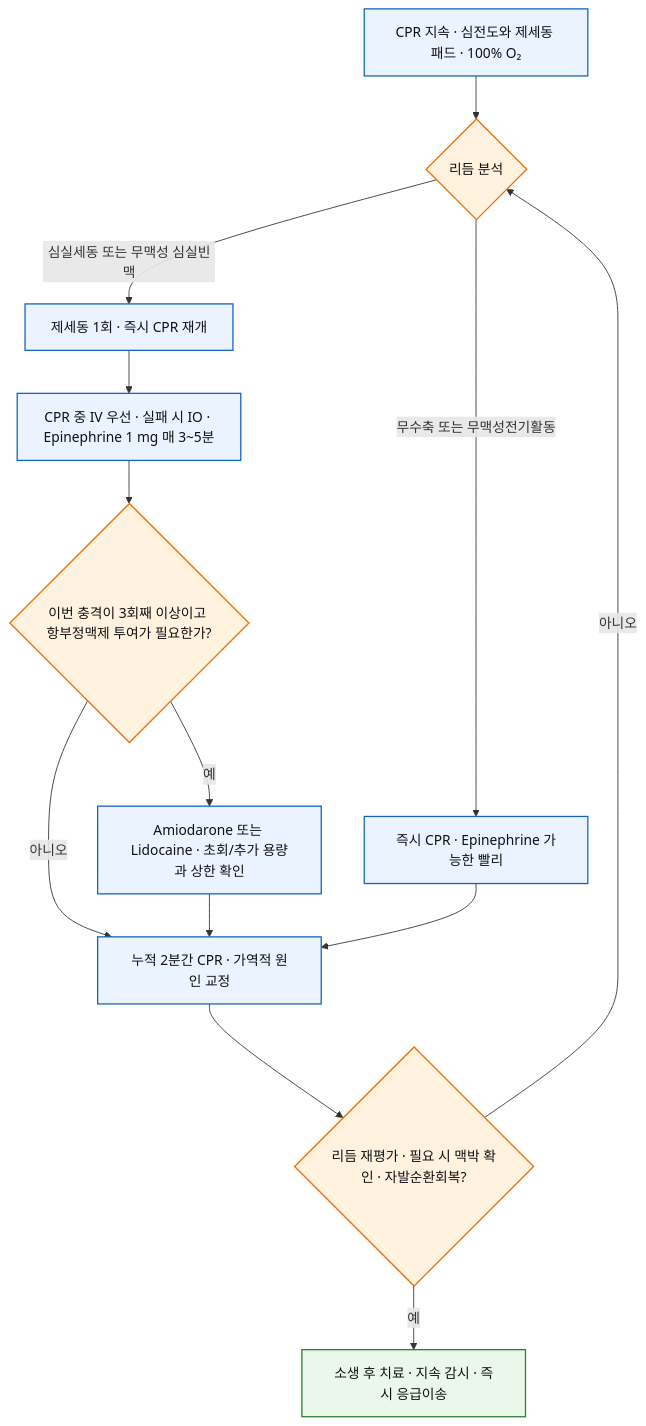
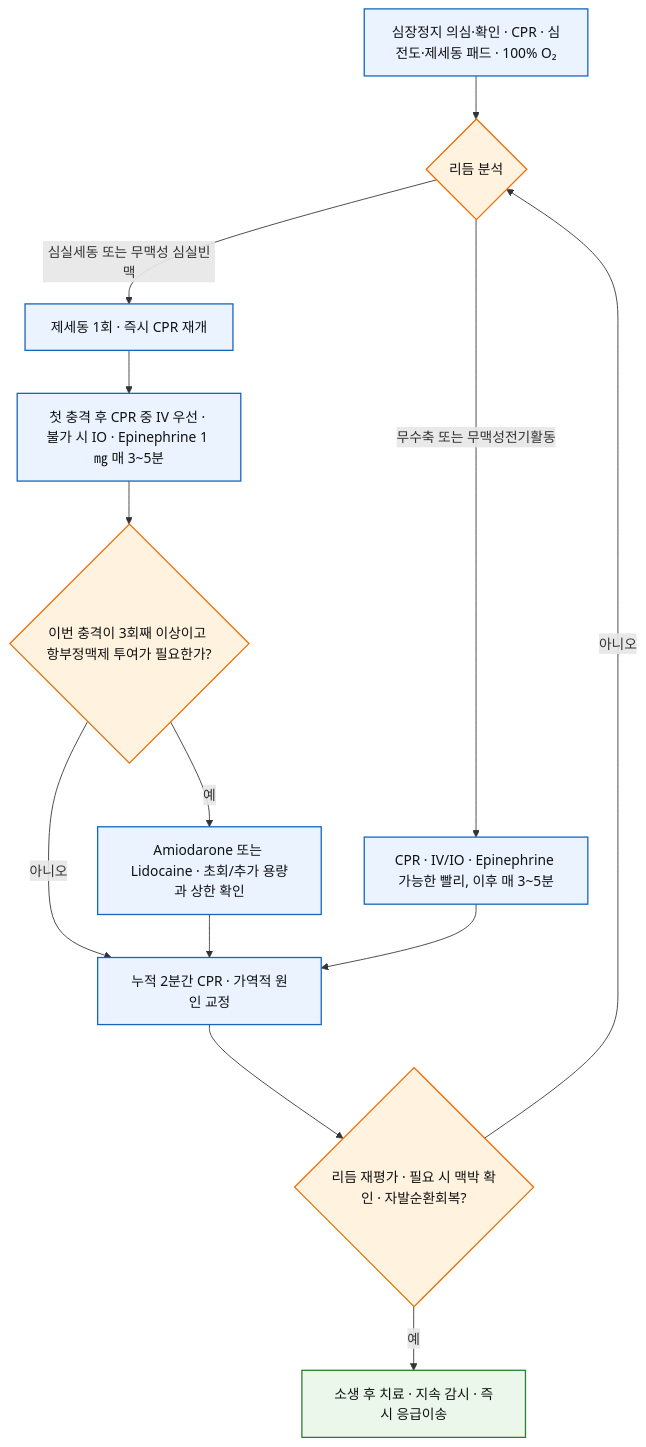
The second of 2 diagrams in 231_/211_1-cpr.md (familyoh77/familyoh77), drawn with Mermaid before and after one commit. The commit also changed other lines of this file and 9 other files, not shown here.

````diff
--- a/231_/211_1-cpr.md
+++ b/231_/211_1-cpr.md
@@ -138,21 +163,21 @@
 ```mermaid
 flowchart TD
-    A["CPR 지속 · 심전도와 제세동 패드 · 100% O₂"] --> B{"리듬 분석"}
+    A["심장정지 의심·확인 · CPR · 심전도·제세동 패드 · 100% O₂"] --> B{"리듬 분석"}
     B -->|심실세동 또는 무맥성 심실빈맥| C["제세동 1회 · 즉시 CPR 재개"]
-    B -->|무수축 또는 무맥성전기활동| D["즉시 CPR · Epinephrine 가능한 빨리"]
-    C --> E["CPR 중 IV 우선 · 실패 시 IO · Epinephrine 1 mg 매 3~5분"]
+    B -->|무수축 또는 무맥성전기활동| D["CPR · IV/IO · Epinephrine 가능한 빨리, 이후 매 3~5분"]
+    C --> E["첫 충격 후 CPR 중 IV 우선 · 불가 시 IO · Epinephrine 1 ㎎ 매 3~5분"]
     E --> F{"이번 충격이 3회째 이상이고 항부정맥제 투여가 필요한가?"}
     F -->|예| G["Amiodarone 또는 Lidocaine · 초회/추가 용량과 상한 확인"]
     F -->|아니오| H["누적 2분간 CPR · 가역적 원인 교정"]
     G --> H
     D --> H
     H --> I{"리듬 재평가 · 필요 시 맥박 확인 · 자발순환회복?"}
     I -->|아니오| B
     I -->|예| J["소생 후 치료 · 지속 감시 · 즉시 응급이송"]
     classDef action fill:#EAF3FF,stroke:#1565C0,color:#111,stroke-width:1.5px;
     classDef decision fill:#FFF3E0,stroke:#EF6C00,color:#111,stroke-width:1.5px;
     classDef disposition fill:#EAF7EA,stroke:#2E7D32,color:#111,stroke-width:1.5px;
     class A,C,D,E,G,H action;
     class B,F,I decision;
     class J disposition;
 ```
````
